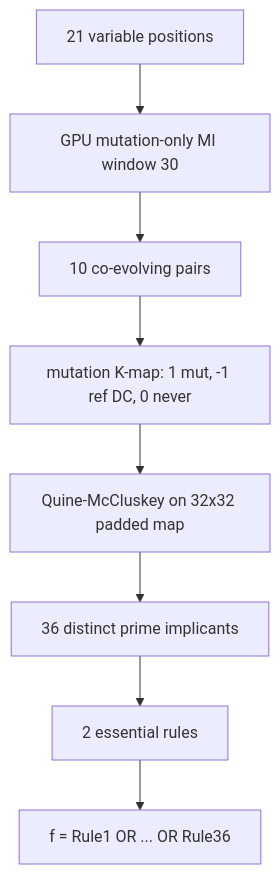
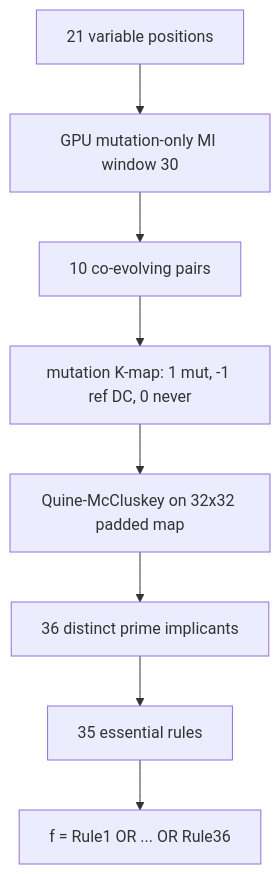
One commit to E-Motioner-X-SBS/co-evolution-analysis changed the diagram in My_Interpretation_of_the_Results/11_master_boolean.md. Above: the diagram before and after it, drawn with Mermaid. The commit also changed other lines of this file and 83 other files, not shown here.

````diff
--- a/My_Interpretation_of_the_Results/11_master_boolean.md
+++ b/My_Interpretation_of_the_Results/11_master_boolean.md
@@ -33,10 +35,10 @@
 ```mermaid
 flowchart TD
     A[21 variable positions] --> B[GPU mutation-only MI window 30]
     B --> C[10 co-evolving pairs]
     C --> D[mutation K-map: 1 mut, -1 ref DC, 0 never]
     D --> E[Quine-McCluskey on 32x32 padded map]
     E --> F[36 distinct prime implicants]
-    F --> G[2 essential rules]
+    F --> G[35 essential rules]
     G --> H[f = Rule1 OR ... OR Rule36]
 ```
````
